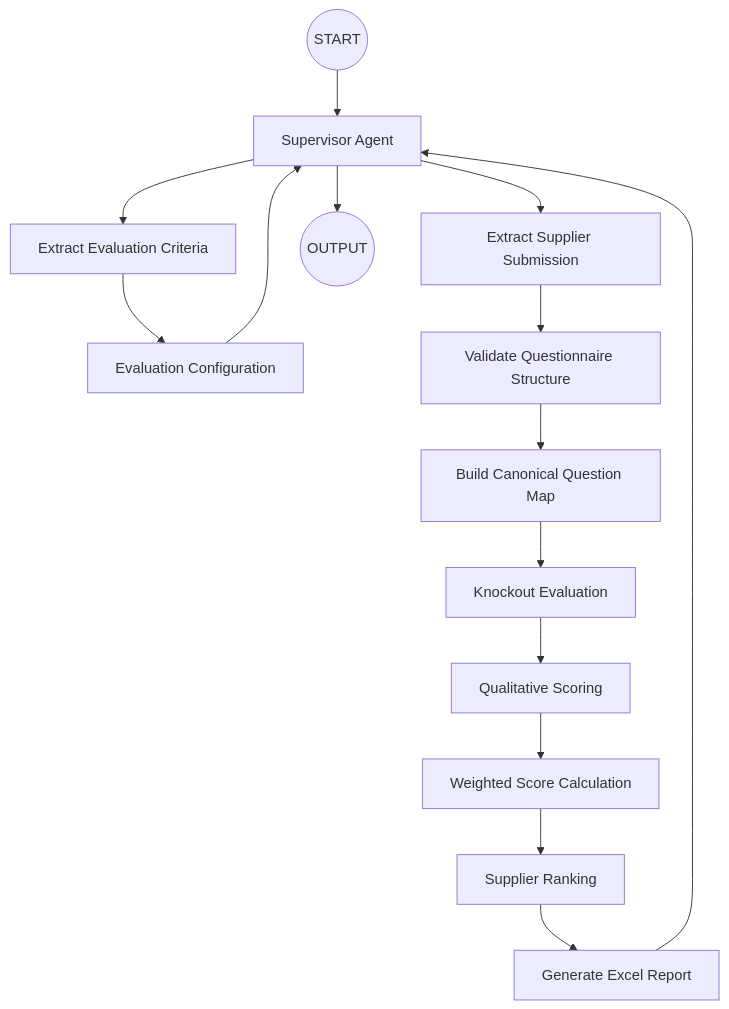
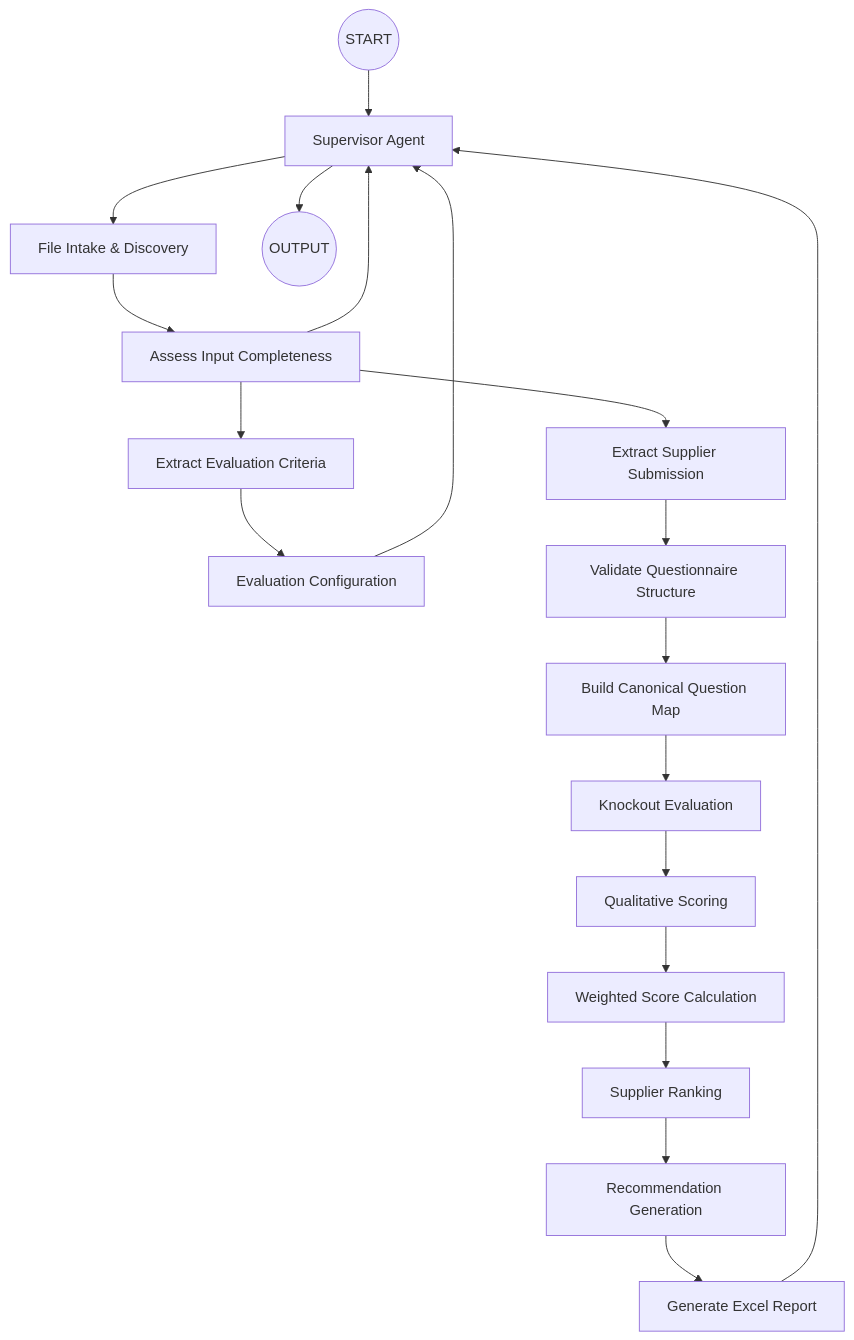
One commit to adityarane-ai/Agentic-Orchestrations changed the diagram in Bid Analysis Agent/07-QI Studio Orchestration Blueprint.md. Above: the diagram before and after it, drawn with Mermaid. The commit also changed other lines of this file, not shown here.

Commit message:
Revise QI Studio blueprint for flexible file intake

````diff
--- a/Bid Analysis Agent/07-QI Studio Orchestration Blueprint.md
+++ b/Bid Analysis Agent/07-QI Studio Orchestration Blueprint.md
@@ -40,57 +39,39 @@
 ```mermaid
 flowchart TD
 
 START((START))
-
 SUPERVISOR[Supervisor Agent]
-
+INTAKE[File Intake & Discovery]
+ASSESS[Assess Input Completeness]
 CRITERIA[Extract Evaluation Criteria]
-
 CONFIG[Evaluation Configuration]
-
 SUPPLIER[Extract Supplier Submission]
-
 VALIDATE[Validate Questionnaire Structure]
-
 CANONICAL[Build Canonical Question Map]
-
 KNOCKOUT[Knockout Evaluation]
-
 SCORING[Qualitative Scoring]
-
 WEIGHT[Weighted Score Calculation]
-
 RANK[Supplier Ranking]
-
+RECOMMEND[Recommendation Generation]
 REPORT[Generate Excel Report]
-
 OUTPUT((OUTPUT))
 
 START --> SUPERVISOR
-
-SUPERVISOR --> CRITERIA
-
+SUPERVISOR --> INTAKE
+INTAKE --> ASSESS
+ASSESS --> CRITERIA
+ASSESS --> SUPPLIER
+ASSESS --> SUPERVISOR
 CRITERIA --> CONFIG
-
 CONFIG --> SUPERVISOR
-
-SUPERVISOR --> SUPPLIER
-
 SUPPLIER --> VALIDATE
-
 VALIDATE --> CANONICAL
-
 CANONICAL --> KNOCKOUT
-
 KNOCKOUT --> SCORING
-
 SCORING --> WEIGHT
-
 WEIGHT --> RANK
-
-RANK --> REPORT
-
+RANK --> RECOMMEND
+RECOMMEND --> REPORT
 REPORT --> SUPERVISOR
-
 SUPERVISOR --> OUTPUT
 ```
````
